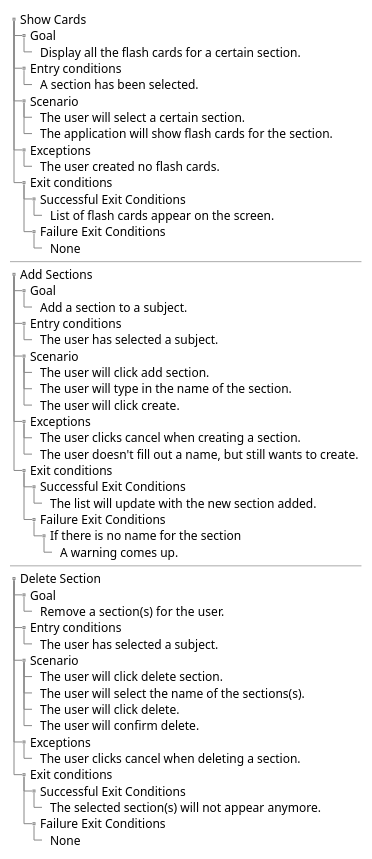
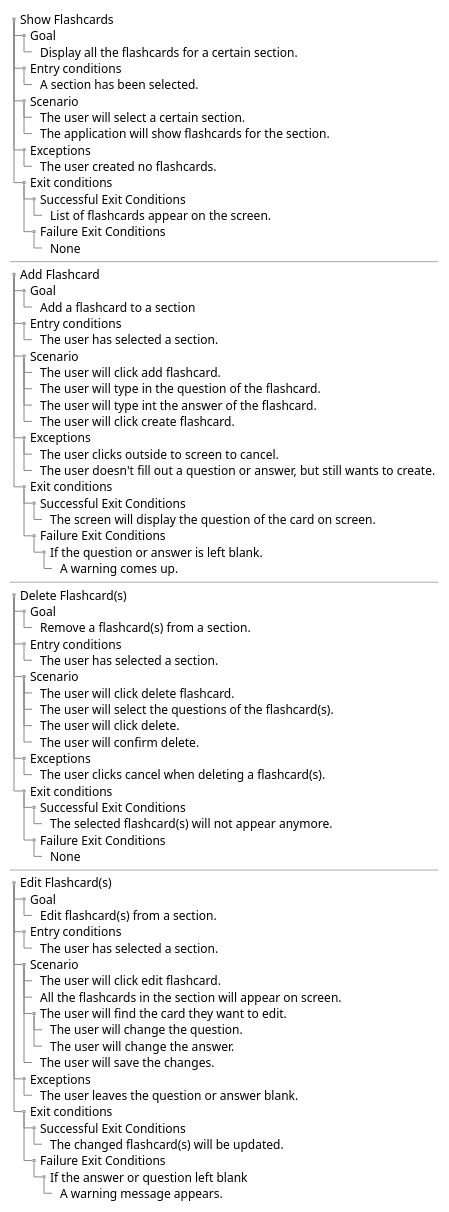
Before and after one commit to ultiferrago/ElStudioGato: the diagram in app/UML/Usecases/Cards.puml, drawn with PlantUML.

Commit message:
UML update

```diff
--- a/app/UML/Usecases/Cards.puml
+++ b/app/UML/Usecases/Cards.puml
@@ -1,62 +1,86 @@
 @startsalt
 {
 {T
-+ Show Cards
++ Show Flashcards
 ++  Goal
-+++ Display all the flash cards for a certain section.
++++ Display all the flashcards for a certain section.
 ++ Entry conditions
 +++ A section has been selected.
 ++ Scenario
 +++ The user will select a certain section.
-+++ The application will show flash cards for the section.
++++ The application will show flashcards for the section.
 ++ Exceptions
-+++ The user created no flash cards.
++++ The user created no flashcards.
 ++ Exit conditions
 +++ Successful Exit Conditions
-++++ List of flash cards appear on the screen.
+++++ List of flashcards appear on the screen.
 +++ Failure Exit Conditions
 ++++ None
 }
 ---
 {T
-+ Add Sections
++ Add Flashcard
 ++  Goal
-+++ Add a section to a subject.
++++ Add a flashcard to a section
 ++ Entry conditions
-+++ The user has selected a subject.
++++ The user has selected a section.
 ++ Scenario
-+++ The user will click add section.
-+++ The user will type in the name of the section.
-+++ The user will click create.
++++ The user will click add flashcard.
++++ The user will type in the question of the flashcard.
++++ The user will type int the answer of the flashcard.
++++ The user will click create flashcard.
 ++ Exceptions
-+++ The user clicks cancel when creating a section.
-+++ The user doesn't fill out a name, but still wants to create.
++++ The user clicks outside to screen to cancel.
++++ The user doesn't fill out a question or answer, but still wants to create.
 ++ Exit conditions
 +++ Successful Exit Conditions
-++++ The list will update with the new section added.
+++++ The screen will display the question of the card on screen.
 +++ Failure Exit Conditions
-++++ If there is no name for the section
+++++ If the question or answer is left blank.
 +++++A warning comes up.
 }
 ---
 {T
-+ Delete Section
++ Delete Flashcard(s)
 ++  Goal
-+++ Remove a section(s) for the user.
++++ Remove a flashcard(s) from a section.
 ++ Entry conditions
-+++ The user has selected a subject.
++++ The user has selected a section.
 ++ Scenario
-+++ The user will click delete section.
-+++ The user will select the name of the sections(s).
++++ The user will click delete flashcard.
++++ The user will select the questions of the flashcard(s).
 +++ The user will click delete.
 +++ The user will confirm delete.
 ++ Exceptions
-+++ The user clicks cancel when deleting a section.
++++ The user clicks cancel when deleting a flashcard(s).
 ++ Exit conditions
 +++ Successful Exit Conditions
-++++ The selected section(s) will not appear anymore.
+++++ The selected flashcard(s) will not appear anymore.
 +++ Failure Exit Conditions
 ++++None
 }
+---
+{T
++ Edit Flashcard(s)
+++  Goal
++++ Edit flashcard(s) from a section.
+++ Entry conditions
++++ The user has selected a section.
+++ Scenario
++++ The user will click edit flashcard.
++++ All the flashcards in the section will appear on screen.
++++ The user will find the card they want to edit.
+++++ The user will change the question.
+++++ The user will change the answer.
++++ The user will save the changes.
+++ Exceptions
++++ The user leaves the question or answer blank.
+++ Exit conditions
++++ Successful Exit Conditions
+++++ The changed flashcard(s) will be updated.
++++ Failure Exit Conditions
+++++ If the answer or question left blank
++++++ A warning message appears.
+}
 }
 @endsalt
```
